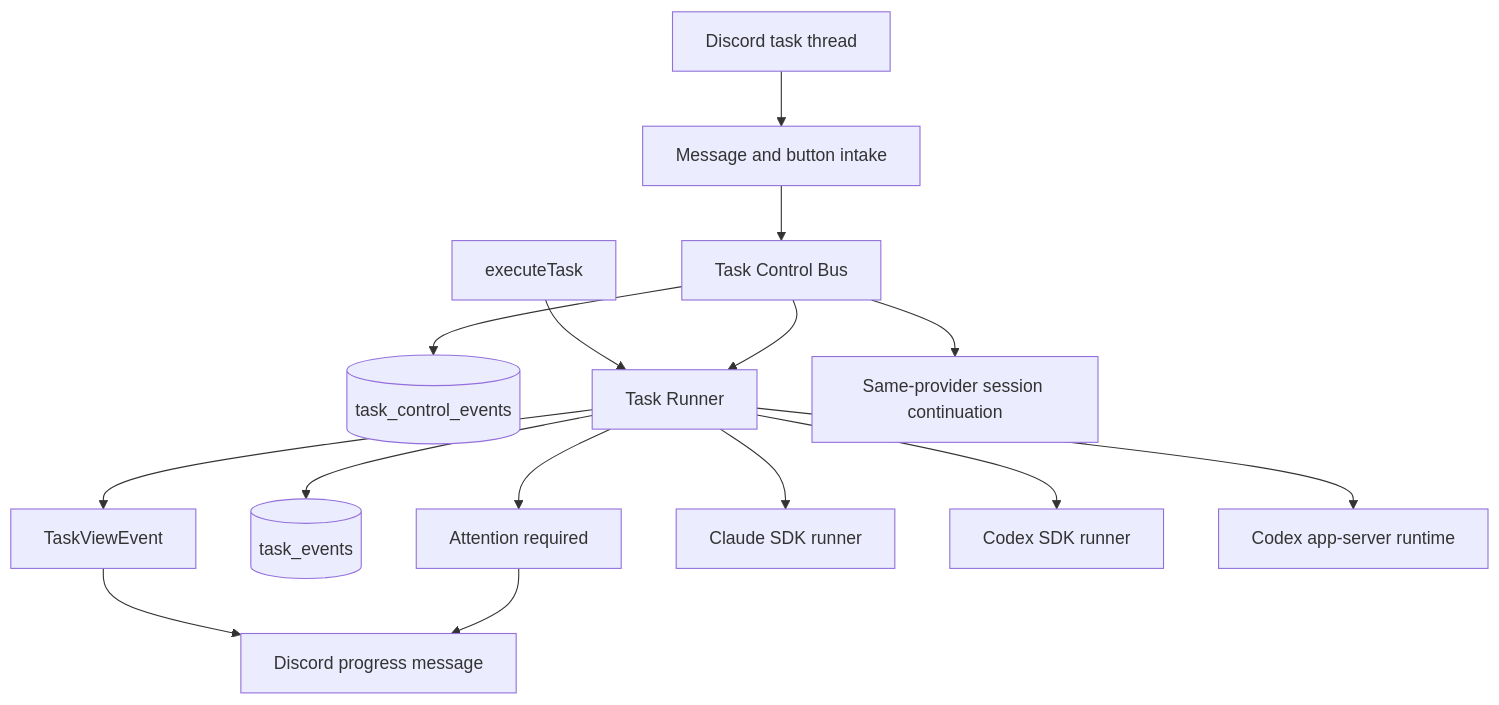
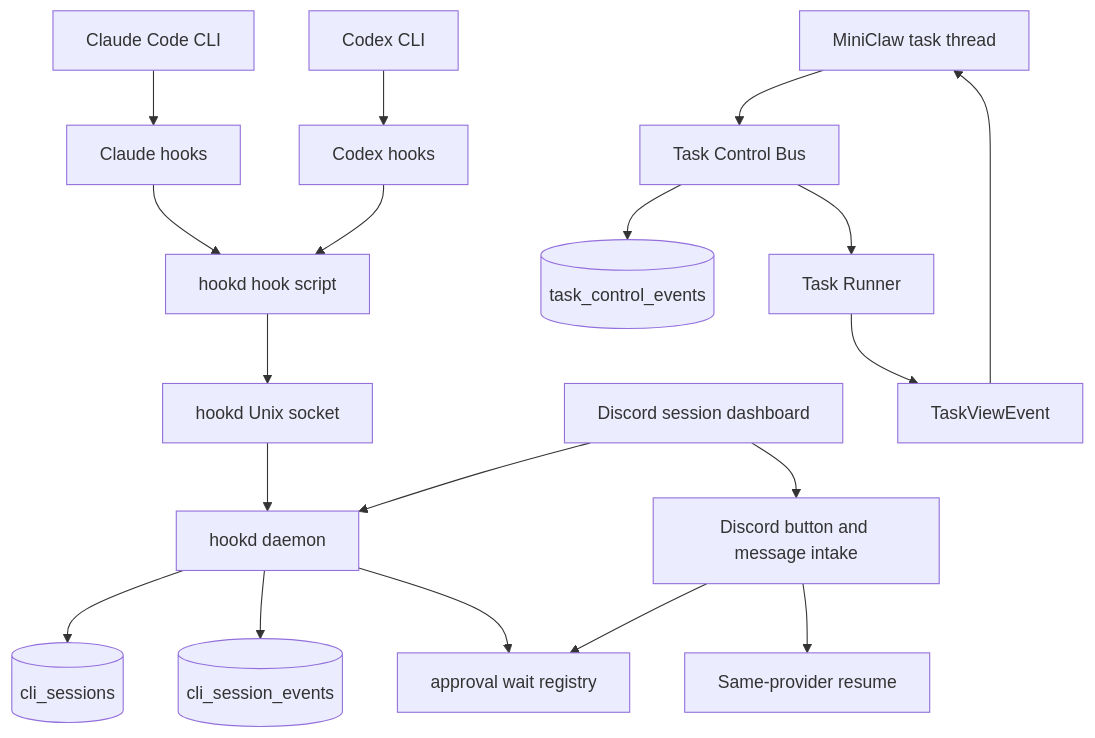
The diagram in docs/plans/2026-05-25-discord-agent-control-plane.md (yuanyunfan/miniclaw), drawn with Mermaid before and after one commit. The commit also changed other lines of this file and 2 other files, not shown here.

Commit message:
docs: refine Discord hookd control plan

````diff
--- a/docs/plans/2026-05-25-discord-agent-control-plane.md
+++ b/docs/plans/2026-05-25-discord-agent-control-plane.md
@@ -113,21 +110,23 @@
 ```mermaid
 flowchart TD
-  D[Discord task thread] --> I[Message and button intake]
-  I --> C[Task Control Bus]
-  C --> Q[(task_control_events)]
+  CC[Claude Code CLI] --> HC[Claude hooks]
+  CX[Codex CLI] --> HX[Codex hooks]
+  HC --> HS[hookd hook script]
+  HX --> HS
+  HS --> S[hookd Unix socket]
+  S --> H[hookd daemon]
+  H --> CS[(cli_sessions)]
+  H --> CE[(cli_session_events)]
+  H --> AP[approval wait registry]
 
-  T[executeTask] --> R[Task Runner]
-  R --> V[TaskViewEvent]
-  V --> P[Discord progress message]
-  R --> E[(task_events)]
+  D[Discord session dashboard] --> H
+  D --> B[Discord button and message intake]
+  B --> AP
+  B --> R[Same-provider resume]
 
-  C --> R
-  R --> A[Attention required]
-  A --> P
-
-  R --> CL[Claude SDK runner]
-  R --> CX[Codex SDK runner]
-  R --> AS[Codex app-server runtime]
-
-  C --> S[Same-provider session continuation]
+  MT[MiniClaw task thread] --> TC[Task Control Bus]
+  TC --> TE[(task_control_events)]
+  TC --> TR[Task Runner]
+  TR --> TV[TaskViewEvent]
+  TV --> MT
 ```
````
